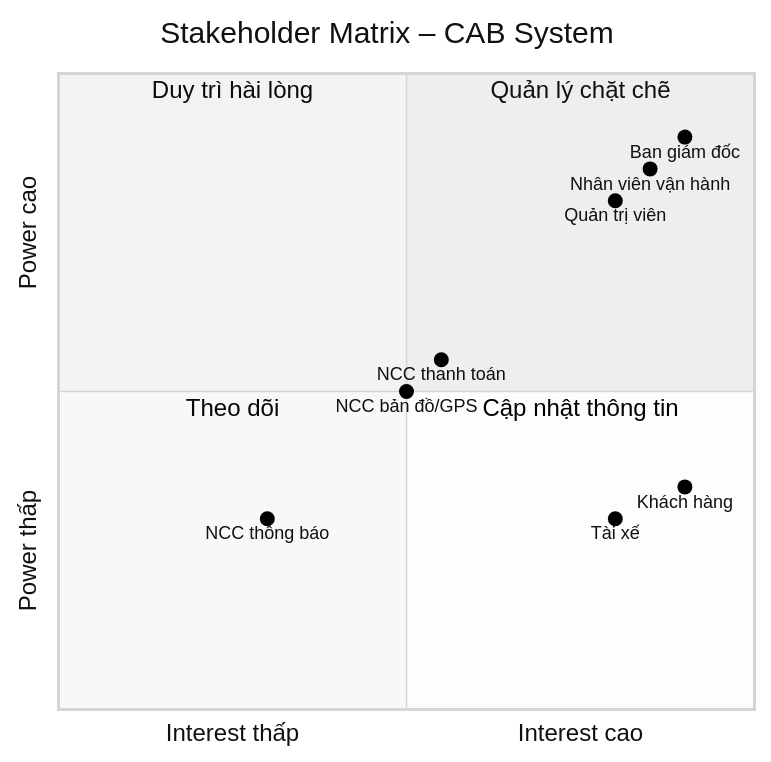
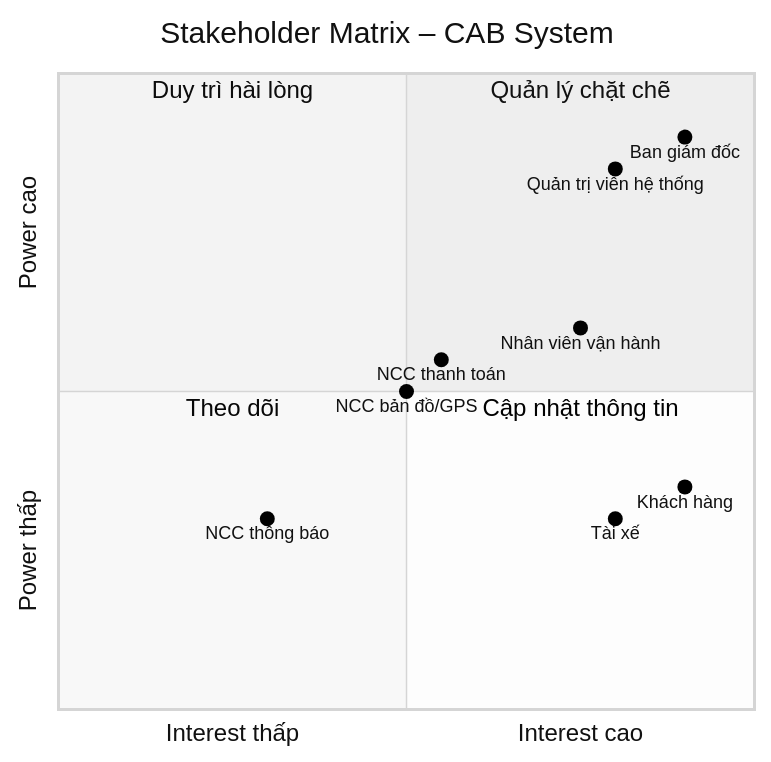
One commit to hieunghia11a10-prog/23670421_LeHieuNghia_CABSYSTEM changed the first of 14 diagrams in README.md. Above: the diagram before and after it, drawn with Mermaid (neutral theme). The commit also changed other lines of this file, not shown here.

````diff
--- a/README.md
+++ b/README.md
@@ -210,20 +235,20 @@
 ```mermaid
 quadrantChart
     title Stakeholder Matrix – CAB System
     x-axis "Interest thấp" --> "Interest cao"
     y-axis "Power thấp" --> "Power cao"
 
     quadrant-1 "Quản lý chặt chẽ"
     quadrant-2 "Duy trì hài lòng"
     quadrant-3 "Theo dõi"
     quadrant-4 "Cập nhật thông tin"
 
     "Ban giám đốc": [0.9, 0.9]
-    "Nhân viên vận hành": [0.85, 0.85]
-    "Quản trị viên": [0.8, 0.8]
+    "Quản trị viên hệ thống": [0.8, 0.85]
+    "Nhân viên vận hành": [0.75, 0.6]
     "Khách hàng": [0.9, 0.35]
     "Tài xế": [0.8, 0.3]
     "NCC thanh toán": [0.55, 0.55]
     "NCC bản đồ/GPS": [0.5, 0.5]
     "NCC thông báo": [0.3, 0.3]
 ```
````
